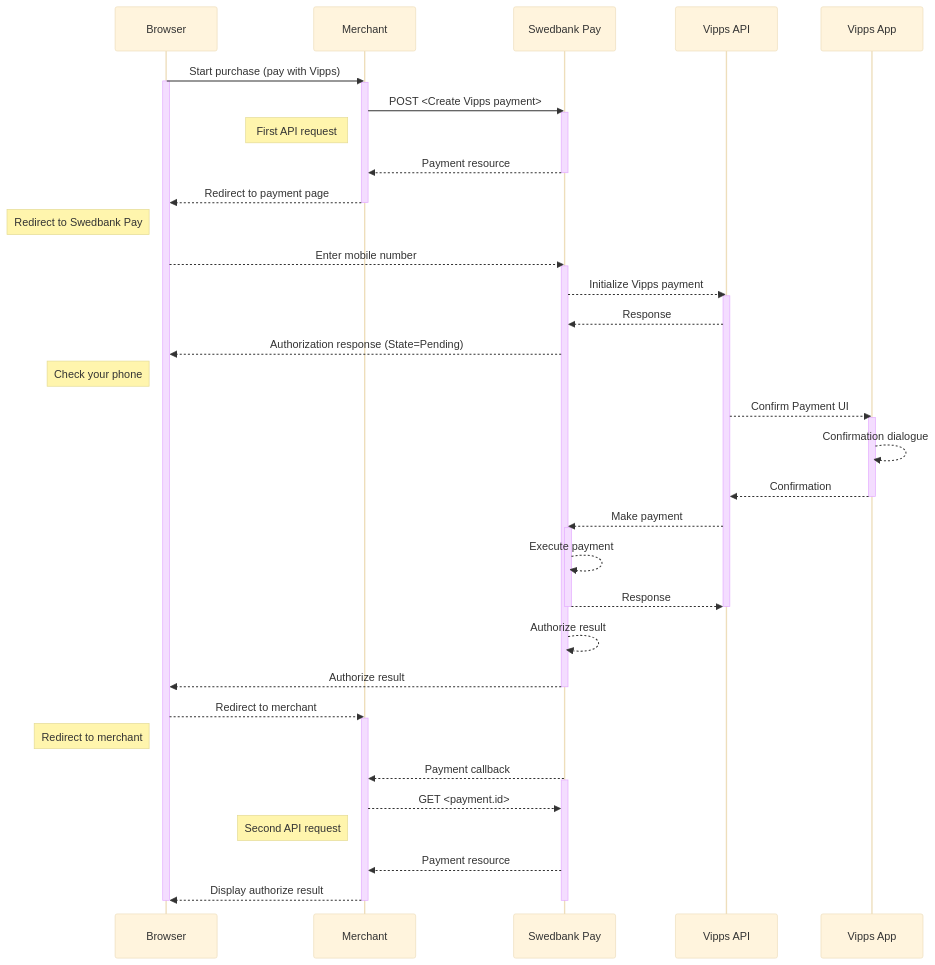
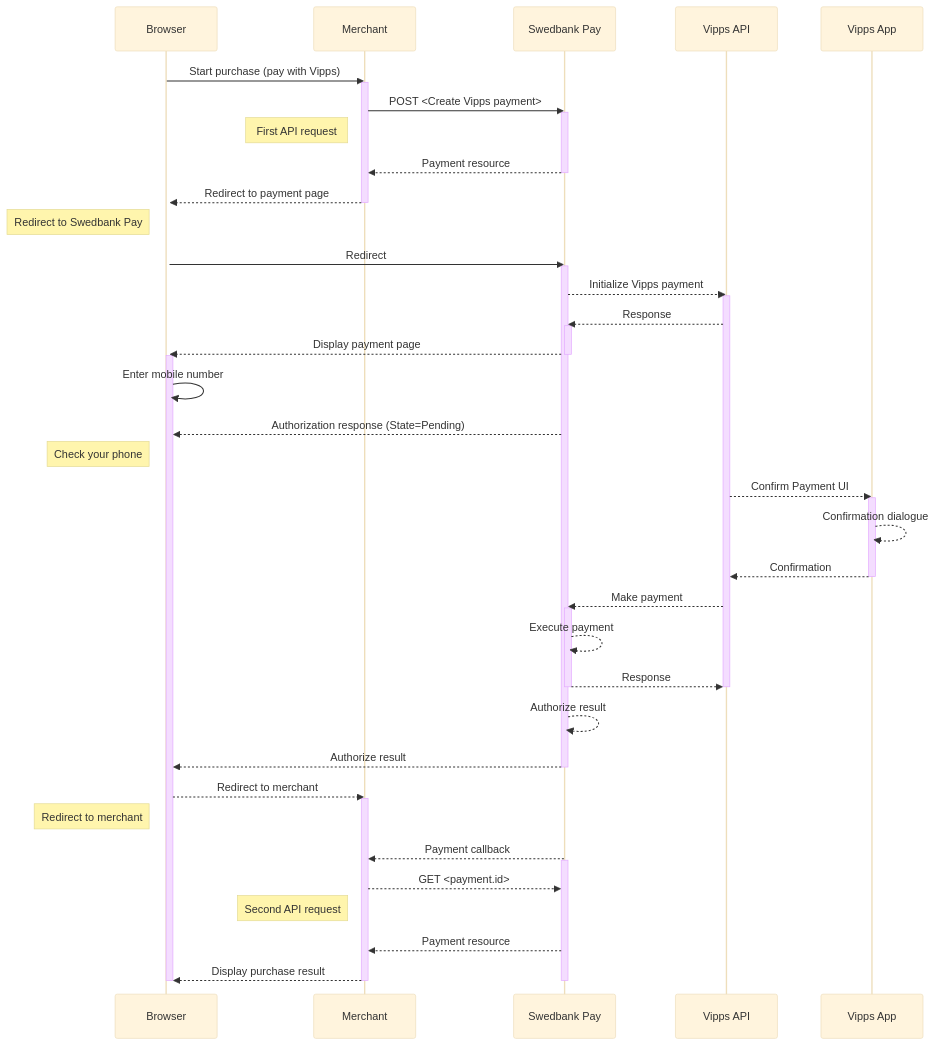
Before and after one commit to SwedbankPay/developer.swedbankpay.com: the diagram in payments/vipps/redirect.md, drawn with Mermaid (base theme).

Commit message:
dx-906 fixes to vipps redirect diagram

````diff
--- a/payments/vipps/redirect.md
+++ b/payments/vipps/redirect.md
@@ -349,59 +349,63 @@
 ```mermaid
 sequenceDiagram
   participant Browser
   participant Merchant
   participant SwedbankPay as Swedbank Pay
   participant VippsApi as Vipps API
   participant VippsApp as Vipps App
 
   Browser->>Merchant: Start purchase (pay with Vipps)
   activate Browser
     activate Merchant
       Merchant->>SwedbankPay: POST <Create  Vipps payment>
       activate SwedbankPay
         note left of Merchant: First API request
         SwedbankPay-->>Merchant: Payment resource
       deactivate SwedbankPay
       Merchant-->>Browser: Redirect to payment page
     deactivate Merchant
 
     note left of Browser: Redirect to Swedbank Pay
-    Browser-->>SwedbankPay: Enter mobile number
+    Browser->>SwedbankPay: Redirect
     activate SwedbankPay
       SwedbankPay-->>VippsApi: Initialize Vipps payment
       activate VippsApi
         VippsApi-->>SwedbankPay: Response
+        activate SwedbankPay
+        SwedbankPay-->>-Browser: Display payment page
+        activate Browser
+        Browser->>Browser: Enter mobile number
         SwedbankPay-->>Browser: Authorization response (State=Pending)
         note left of Browser: Check your phone
 
         VippsApi-->>VippsApp: Confirm Payment UI
         activate VippsApp
           VippsApp-->>VippsApp: Confirmation dialogue
           VippsApp-->>VippsApi: Confirmation
         deactivate VippsApp
 
         VippsApi-->>SwedbankPay: Make payment
         activate SwedbankPay
           SwedbankPay-->>SwedbankPay: Execute payment
           SwedbankPay-->>VippsApi: Response
         deactivate SwedbankPay
       deactivate VippsApi
 
       SwedbankPay-->>SwedbankPay: Authorize result
       SwedbankPay-->>Browser: Authorize result
     deactivate SwedbankPay
 
     Browser-->>Merchant: Redirect to merchant
     activate Merchant
       note left of Browser: Redirect to merchant
 
       SwedbankPay-->>Merchant: Payment callback
       activate SwedbankPay
         Merchant-->>SwedbankPay: GET <payment.id>
         note left of Merchant: Second API request
         SwedbankPay-->>Merchant: Payment resource
-        Merchant-->>Browser: Display authorize result
+        Merchant-->>Browser: Display purchase result
       deactivate SwedbankPay
     deactivate Merchant
   deactivate Browser
 ```
````
